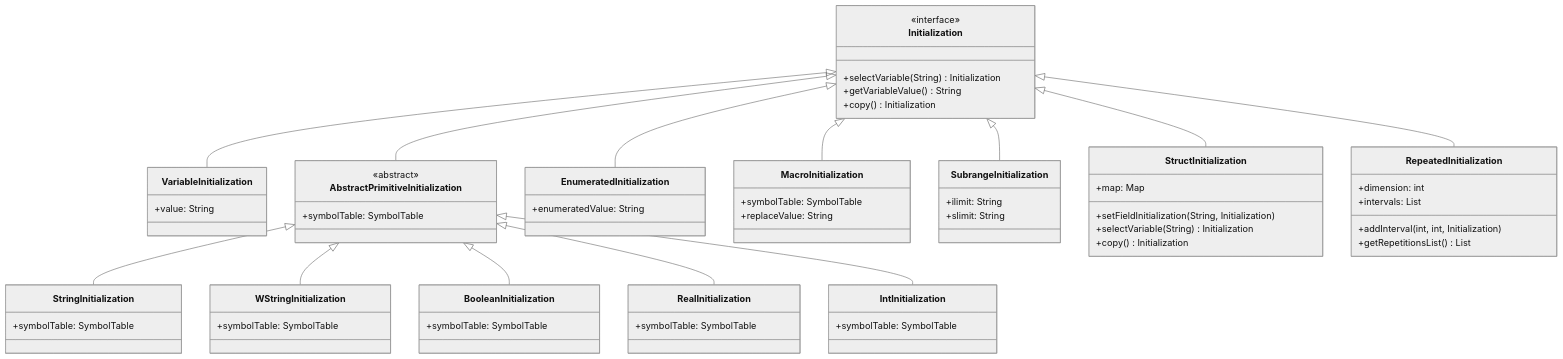
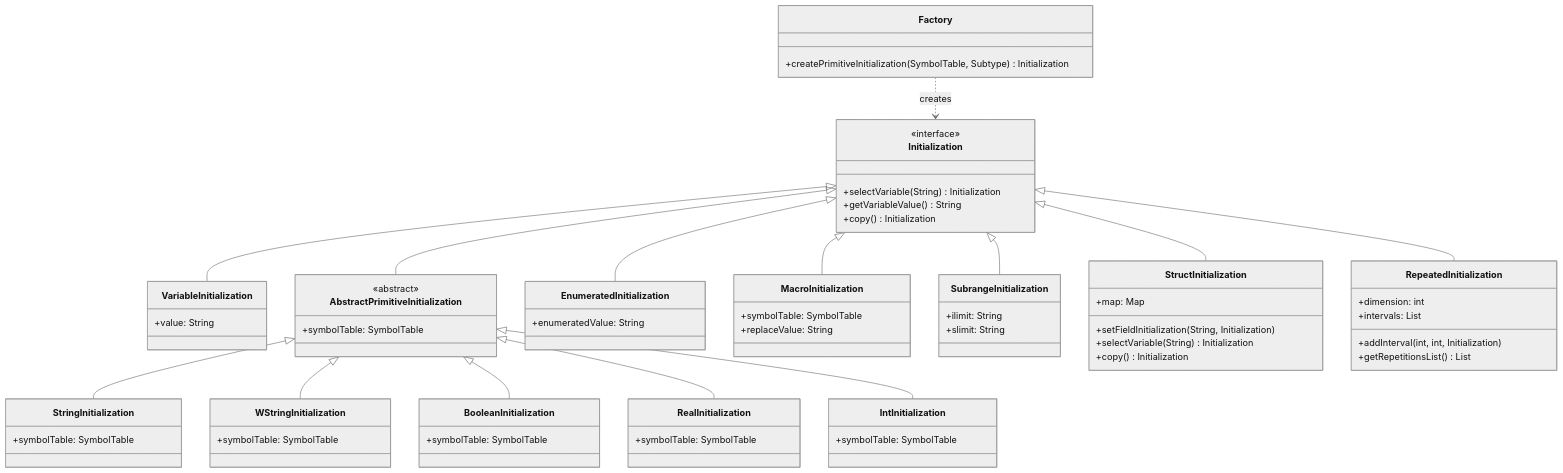
The third of 6 diagrams in doc/modules/parser.md (PascalUser/FLC-IEC61131-7), drawn with Mermaid (neutral theme) before and after one commit. The commit also changed other lines of this file and 24 other files, not shown here.

````diff
--- a/doc/modules/parser.md
+++ b/doc/modules/parser.md
@@ -329,66 +350,70 @@
 ```mermaid
 classDiagram
     class Initialization {
         <<interface>>
         +selectVariable(String) Initialization
         +getVariableValue() String
         +copy() Initialization
     }
     class VariableInitialization {
         +value: String
     }
     class AbstractPrimitiveInitialization {
         <<abstract>>
         +symbolTable: SymbolTable
     }
     class StringInitialization {
         +symbolTable: SymbolTable
     }
     class WStringInitialization {
         +symbolTable: SymbolTable
     }
     class BooleanInitialization {
         +symbolTable: SymbolTable
     }
     class RealInitialization {
         +symbolTable: SymbolTable
     }
     class IntInitialization {
         +symbolTable: SymbolTable
     }
     class EnumeratedInitialization {
         +enumeratedValue: String
     }
     class MacroInitialization {
         +symbolTable: SymbolTable
         +replaceValue: String
     }
     class SubrangeInitialization {
         +ilimit: String
         +slimit: String
     }
     class StructInitialization {
         +map: Map
         +setFieldInitialization(String, Initialization)
         +selectVariable(String) Initialization
         +copy() Initialization
     }
     class RepeatedInitialization {
         +dimension: int
         +intervals: List
         +addInterval(int, int, Initialization)
         +getRepetitionsList() List
     }
+    class Factory {
+        +createPrimitiveInitialization(SymbolTable, Subtype) Initialization
+    }
     Initialization <|-- VariableInitialization
     Initialization <|-- AbstractPrimitiveInitialization
     AbstractPrimitiveInitialization <|-- StringInitialization
     AbstractPrimitiveInitialization <|-- WStringInitialization
     AbstractPrimitiveInitialization <|-- BooleanInitialization
     AbstractPrimitiveInitialization <|-- RealInitialization
     AbstractPrimitiveInitialization <|-- IntInitialization
     Initialization <|-- EnumeratedInitialization
     Initialization <|-- MacroInitialization
     Initialization <|-- SubrangeInitialization
     Initialization <|-- StructInitialization
     Initialization <|-- RepeatedInitialization
+    Factory ..> Initialization : creates
 ```
````
